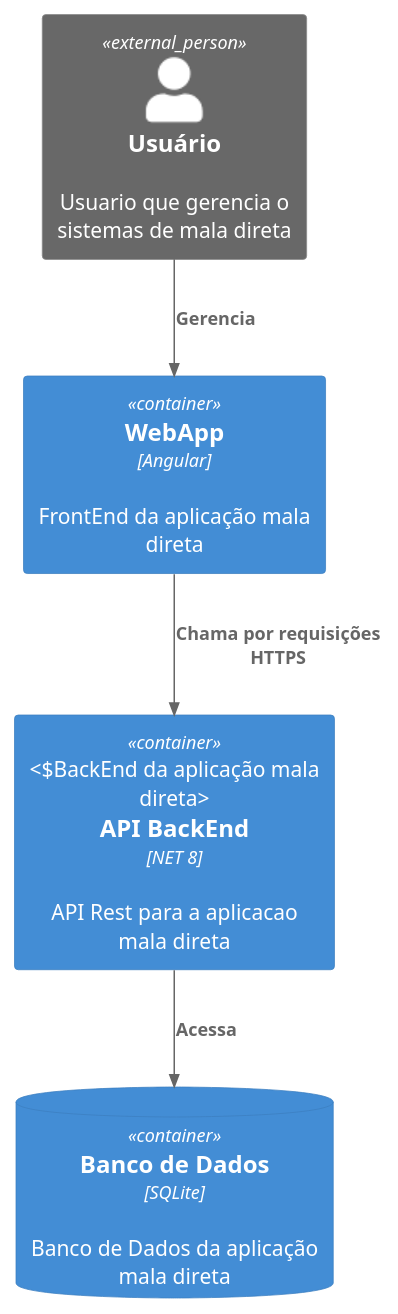
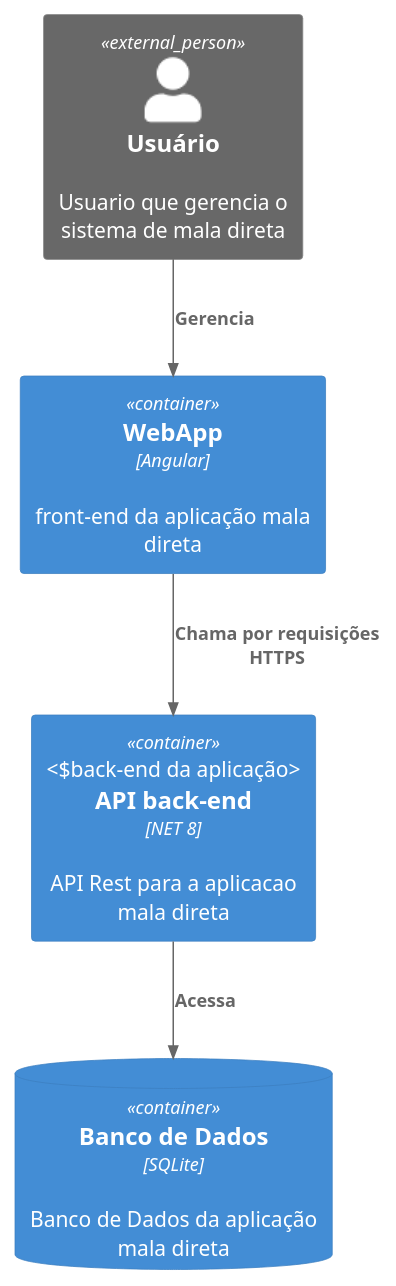
Before and after one commit to samorysundjata/MalaDiretaCSharp: the diagram in docs/C4/Container.puml, drawn with PlantUML. The commit also changed 3 other files, not shown here.

Commit message:
Refactor C4 Component and Container diagrams for Mala Direta system

```diff
--- a/docs/C4/Container.puml
+++ b/docs/C4/Container.puml
@@ -1,14 +1,14 @@
 @startuml Maladireta-Container
 !includeurl https://raw.githubusercontent.com/plantuml-stdlib/C4-PlantUML/master/C4_Container.puml
 
-Person_Ext(usuario, "Usuário", "Usuario que gerencia o sistemas de mala direta")
-Container(webapp, "WebApp", "Angular", "FrontEnd da aplicação mala direta")
-Container(api, "API BackEnd", "NET 8", "API Rest para a aplicacao mala direta", "BackEnd da aplicação mala direta")
+Person_Ext(usuario, "Usuário", "Usuario que gerencia o sistema de mala direta")
+Container(webapp, "WebApp", "Angular", "front-end da aplicação mala direta")
+Container(api, "API back-end", "NET 8", "API Rest para a aplicacao mala direta", "back-end da aplicação")
 ContainerDb(database, "Banco de Dados", "SQLite", "Banco de Dados da aplicação mala direta")
 
 
 Rel(usuario, webapp, "Gerencia")
 Rel(webapp, api, "Chama por requisições HTTPS")
 Rel(api, database, "Acessa")
 
 @enduml
```
